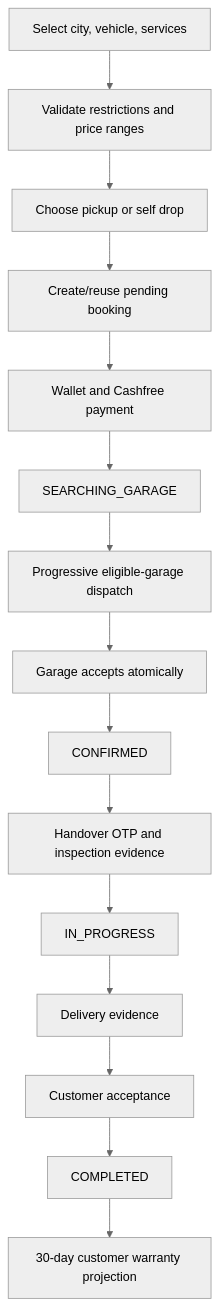
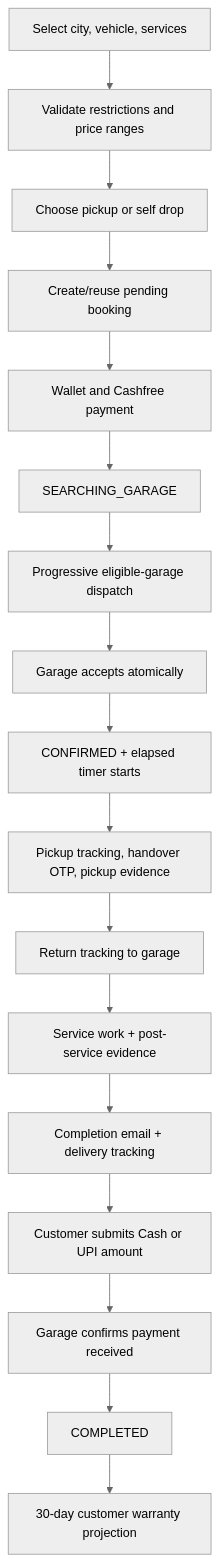
Before and after one commit to Aayush20253534/Garage-startup: the diagram in important docs/Architecture.md, drawn with Mermaid (neutral theme). The commit also changed other lines of this file and 51 other files, not shown here.

Commit message:
self drop flow completed

````diff
--- a/important docs/Architecture.md
+++ b/important docs/Architecture.md
@@ -96,17 +96,19 @@
 ```mermaid
 flowchart TD
     A[Select city, vehicle, services] --> B[Validate restrictions and price ranges]
     B --> C[Choose pickup or self drop]
     C --> D[Create/reuse pending booking]
     D --> E[Wallet and Cashfree payment]
     E --> F[SEARCHING_GARAGE]
     F --> G[Progressive eligible-garage dispatch]
     G --> H[Garage accepts atomically]
-    H --> I[CONFIRMED]
-    I --> J[Handover OTP and inspection evidence]
-    J --> K[IN_PROGRESS]
-    K --> L[Delivery evidence]
-    L --> M[Customer acceptance]
-    M --> N[COMPLETED]
-    N --> O[30-day customer warranty projection]
+    H --> I[CONFIRMED + elapsed timer starts]
+    I --> J[Pickup tracking, handover OTP, pickup evidence]
+    J --> K[Return tracking to garage]
+    K --> L[Service work + post-service evidence]
+    L --> M[Completion email + delivery tracking]
+    M --> N[Customer submits Cash or UPI amount]
+    N --> O[Garage confirms payment received]
+    O --> P[COMPLETED]
+    P --> Q[30-day customer warranty projection]
 ```
````
